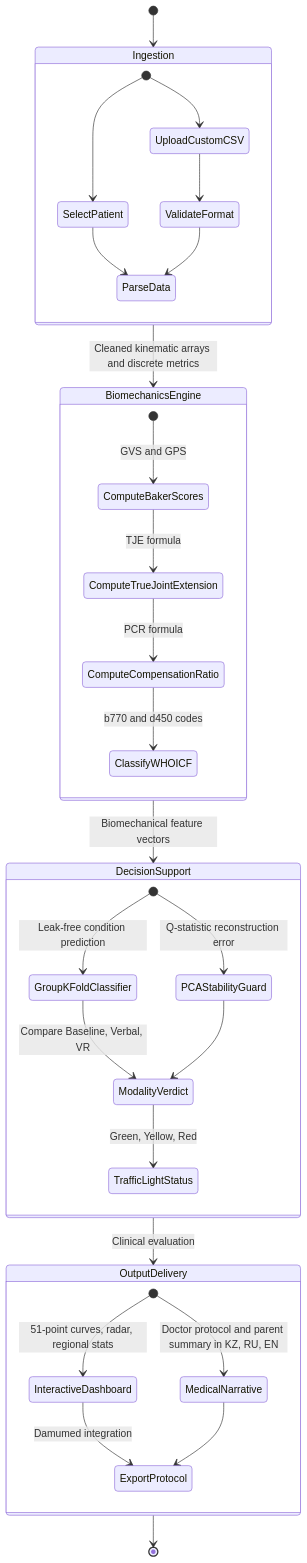
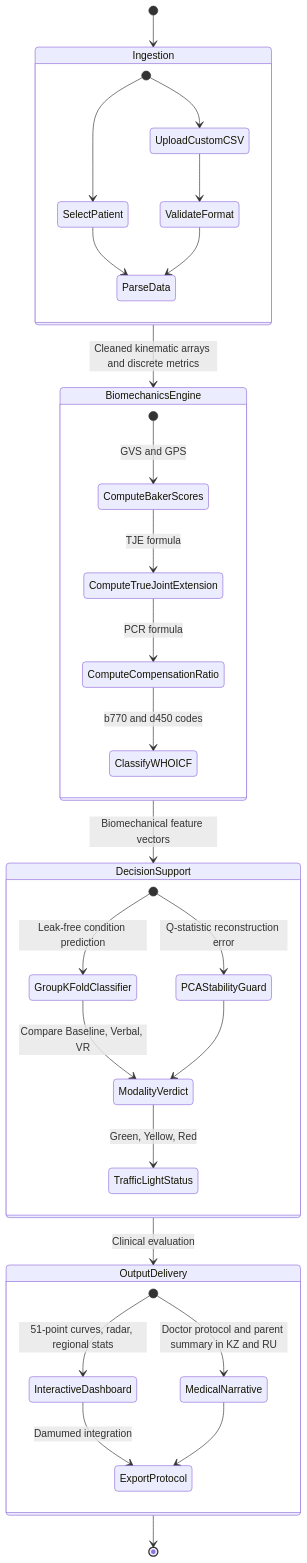
The diagram in README.md (Tamukj/Libra), drawn with Mermaid before and after one commit. The commit also changed other lines of this file and 15 other files, not shown here.

````diff
--- a/README.md
+++ b/README.md
@@ -13,42 +13,42 @@
 ```mermaid
 stateDiagram-v2
     [*] --> Ingestion
 
     state Ingestion {
         [*] --> SelectPatient
         [*] --> UploadCustomCSV
         SelectPatient --> ParseData
         UploadCustomCSV --> ValidateFormat
         ValidateFormat --> ParseData
     }
 
     Ingestion --> BiomechanicsEngine : Cleaned kinematic arrays and discrete metrics
 
     state BiomechanicsEngine {
         [*] --> ComputeBakerScores : GVS and GPS
         ComputeBakerScores --> ComputeTrueJointExtension : TJE formula
         ComputeTrueJointExtension --> ComputeCompensationRatio : PCR formula
         ComputeCompensationRatio --> ClassifyWHOICF : b770 and d450 codes
     }
 
     BiomechanicsEngine --> DecisionSupport : Biomechanical feature vectors
 
     state DecisionSupport {
         [*] --> GroupKFoldClassifier : Leak-free condition prediction
         [*] --> PCAStabilityGuard : Q-statistic reconstruction error
         GroupKFoldClassifier --> ModalityVerdict : Compare Baseline, Verbal, VR
         PCAStabilityGuard --> ModalityVerdict
         ModalityVerdict --> TrafficLightStatus : Green, Yellow, Red
     }
 
     DecisionSupport --> OutputDelivery : Clinical evaluation
 
     state OutputDelivery {
         [*] --> InteractiveDashboard : 51-point curves, radar, regional stats
-        [*] --> MedicalNarrative : Doctor protocol and parent summary in KZ, RU, EN
+        [*] --> MedicalNarrative : Doctor protocol and parent summary in KZ and RU
         InteractiveDashboard --> ExportProtocol : Damumed integration
         MedicalNarrative --> ExportProtocol
     }
 
     OutputDelivery --> [*]
 ```
````
